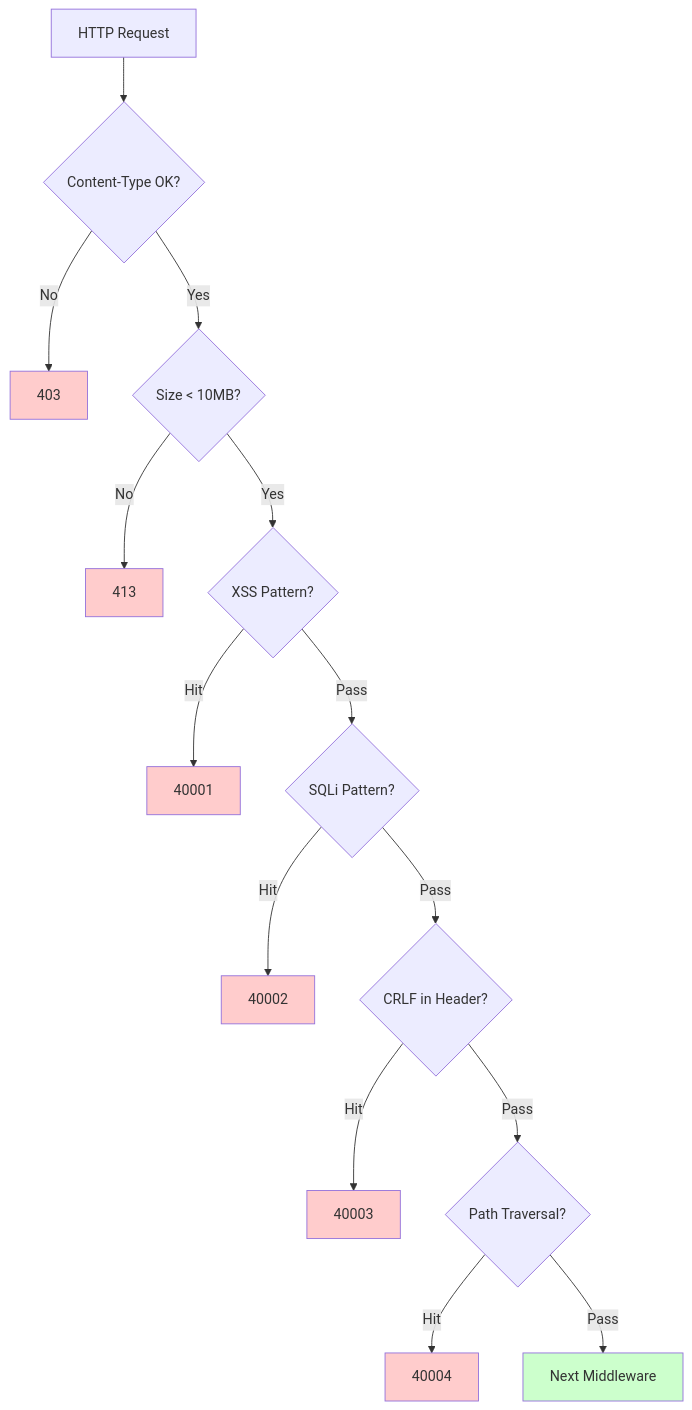
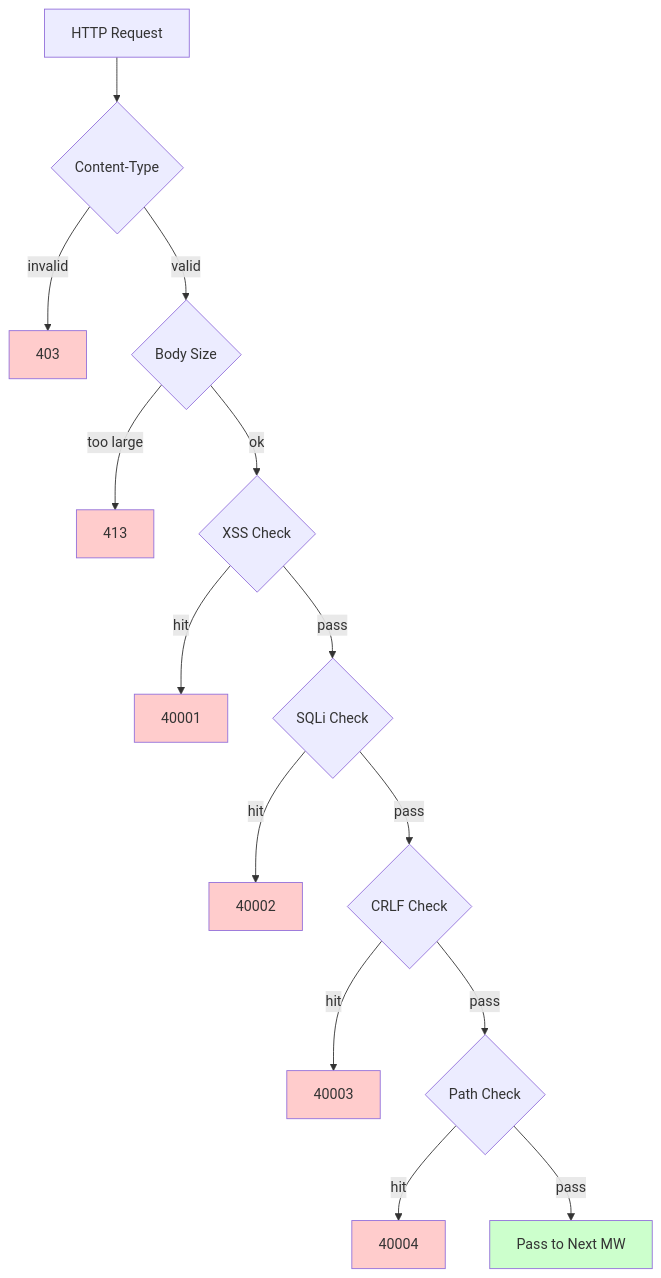
One commit to erikwang2013/erik-shop changed the third of 3 diagrams in docs/features.md. Above: the diagram before and after it, drawn with Mermaid. The commit also changed other lines of this file and 1 other file, not shown here.

````diff
--- a/docs/features.md
+++ b/docs/features.md
@@ -146,23 +76,23 @@
 ```mermaid
 graph TD
-    A[HTTP Request] --> B{Content-Type OK?}
-    B -->|No| R1[403]
-    B -->|Yes| C{Size < 10MB?}
-    C -->|No| R2[413]
-    C -->|Yes| D{XSS Pattern?}
-    D -->|Hit| R3[40001]
-    D -->|Pass| E{SQLi Pattern?}
-    E -->|Hit| R4[40002]
-    E -->|Pass| F{CRLF in Header?}
-    F -->|Hit| R5[40003]
-    F -->|Pass| G{Path Traversal?}
-    G -->|Hit| R6[40004]
-    G -->|Pass| H[Next Middleware]
+    A[HTTP Request] --> B{Content-Type}
+    B -->|invalid| R1[403]
+    B -->|valid| C{Body Size}
+    C -->|too large| R2[413]
+    C -->|ok| D{XSS Check}
+    D -->|hit| R3[40001]
+    D -->|pass| E{SQLi Check}
+    E -->|hit| R4[40002]
+    E -->|pass| F{CRLF Check}
+    F -->|hit| R5[40003]
+    F -->|pass| G{Path Check}
+    G -->|hit| R6[40004]
+    G -->|pass| H[Pass to Next MW]
     style R1 fill:#fcc
     style R2 fill:#fcc
     style R3 fill:#fcc
     style R4 fill:#fcc
     style R5 fill:#fcc
     style R6 fill:#fcc
     style H fill:#cfc
 ```
````
